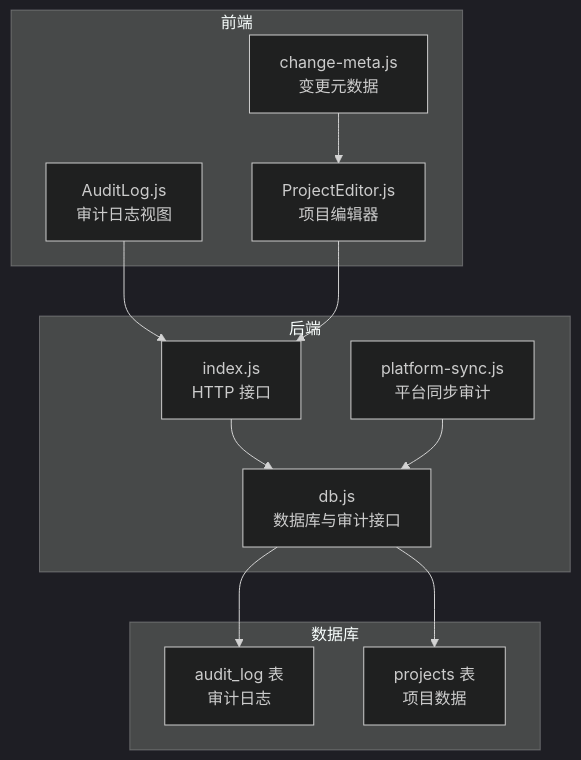
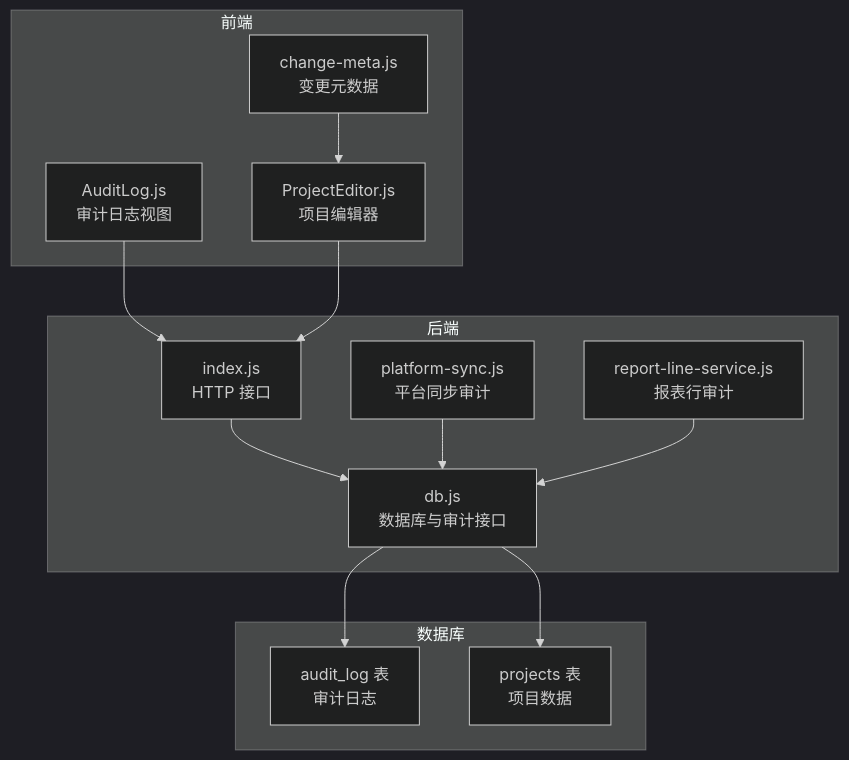
Before and after one commit to marcelxu0272/202605_project-tracking-table: the first of 6 diagrams in .qoder/repowiki/zh/content/审计与日志/审计日志系统.md, drawn with Mermaid (dark theme). The commit also changed other lines of this file and 10 other files, not shown here.

````diff
--- a/.qoder/repowiki/zh/content/审计与日志/审计日志系统.md
+++ b/.qoder/repowiki/zh/content/审计与日志/审计日志系统.md
@@ -35,24 +45,26 @@
 ```mermaid
 graph TB
 subgraph "前端"
 FE_Audit["AuditLog.js<br/>审计日志视图"]
 FE_ProjectEditor["ProjectEditor.js<br/>项目编辑器"]
 FE_ChangeMeta["change-meta.js<br/>变更元数据"]
 end
 subgraph "后端"
 BE_Index["index.js<br/>HTTP 接口"]
 BE_DB["db.js<br/>数据库与审计接口"]
 BE_PlatformSync["platform-sync.js<br/>平台同步审计"]
+BE_ReportLine["report-line-service.js<br/>报表行审计"]
 end
 subgraph "数据库"
 DB_Audit["audit_log 表<br/>审计日志"]
 DB_Projects["projects 表<br/>项目数据"]
 end
 FE_Audit --> BE_Index
 FE_ProjectEditor --> BE_Index
 FE_ChangeMeta --> FE_ProjectEditor
 BE_Index --> BE_DB
 BE_PlatformSync --> BE_DB
+BE_ReportLine --> BE_DB
 BE_DB --> DB_Audit
 BE_DB --> DB_Projects
 ```
````
